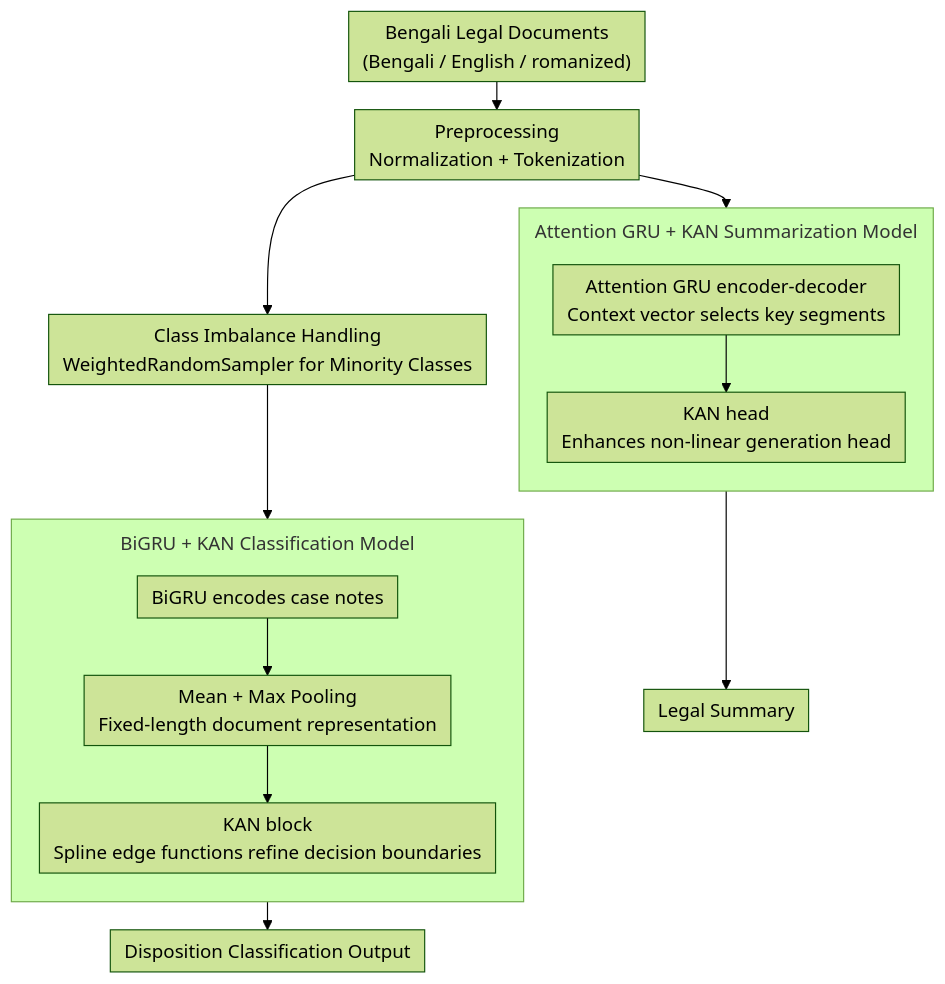
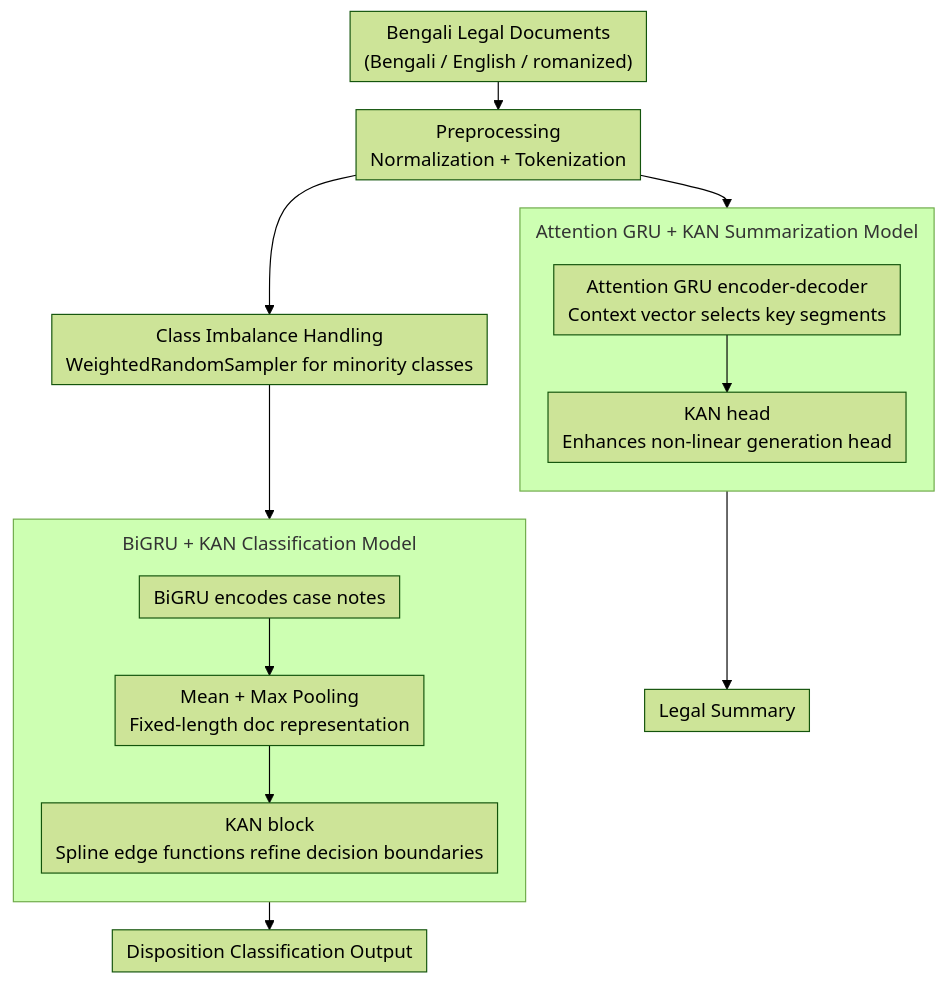
The diagram in docs/ACL2026/multilingual_mt/enhancing_bigru_with_a_kan_block_for_legal_document_classification_and_summariza.md (zhaoyang97/Paper-Notes-en), drawn with Mermaid (forest theme) before and after one commit. The commit also changed other lines of this file and 5084 other files, not shown here.

````diff
--- a/docs/ACL2026/multilingual_mt/enhancing_bigru_with_a_kan_block_for_legal_document_classification_and_summariza.md
+++ b/docs/ACL2026/multilingual_mt/enhancing_bigru_with_a_kan_block_for_legal_document_classification_and_summariza.md
@@ -47,19 +47,19 @@
 ```mermaid
 %%{init: {'flowchart': {'rankSpacing': 24, 'nodeSpacing': 28, 'padding': 6, 'wrappingWidth': 400, 'subGraphTitleMargin': {'top': 8, 'bottom': 16}}}}%%
 flowchart TD
     A["Bengali Legal Documents<br/>(Bengali / English / romanized)"] --> B["Preprocessing<br/>Normalization + Tokenization"]
-    B --> SAMP["Class Imbalance Handling<br/>WeightedRandomSampler for Minority Classes"]
+    B --> SAMP["Class Imbalance Handling<br/>WeightedRandomSampler for minority classes"]
     subgraph CLS["BiGRU + KAN Classification Model"]
         direction TB
-        C["BiGRU encodes case notes"] --> D["Mean + Max Pooling<br/>Fixed-length document representation"]
+        C["BiGRU encodes case notes"] --> D["Mean + Max Pooling<br/>Fixed-length doc representation"]
         D --> E["KAN block<br/>Spline edge functions refine decision boundaries"]
     end
     subgraph SUM["Attention GRU + KAN Summarization Model"]
         direction TB
         F["Attention GRU encoder-decoder<br/>Context vector selects key segments"] --> G["KAN head<br/>Enhances non-linear generation head"]
     end
     SAMP --> C
     B --> F
     E --> H["Disposition Classification Output"]
     G --> I["Legal Summary"]
 ```
````
